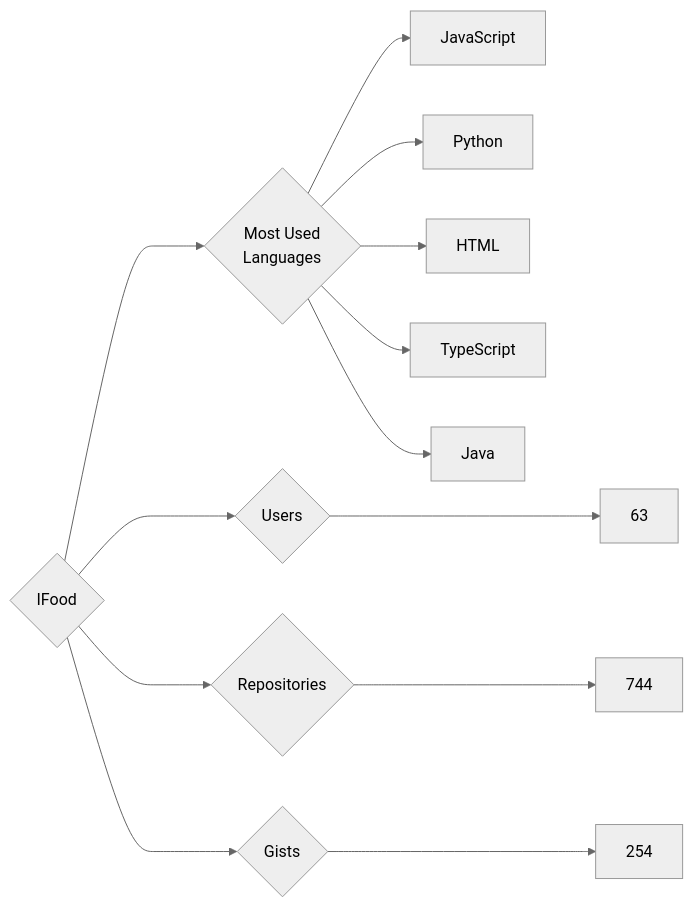
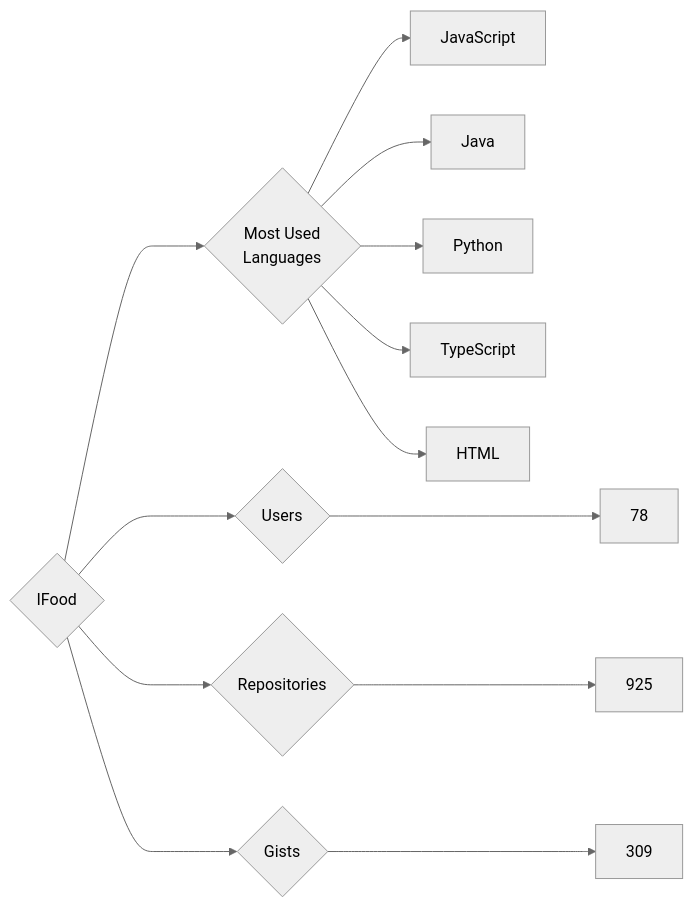
One commit to trickest/insiders changed the diagram in targets/IFood/README.md. Above: the diagram before and after it, drawn with Mermaid (neutral theme). The commit also changed 965 other files, not shown here.

````diff
--- a/targets/IFood/README.md
+++ b/targets/IFood/README.md
@@ -3,13 +3,13 @@
 ```mermaid
 graph LR
 COMPANY_NAME{IFood}
-COMPANY_NAME ---> U{Users} ---> UN[63]
-COMPANY_NAME ---> R{Repositories} ---> RN[744]
-COMPANY_NAME ---> G{Gists} ---> GN[254]
+COMPANY_NAME ---> U{Users} ---> UN[78]
+COMPANY_NAME ---> R{Repositories} ---> RN[925]
+COMPANY_NAME ---> G{Gists} ---> GN[309]
 COMPANY_NAME ---> ML{Most Used<br>Languages}
 ML --> JavaScript[JavaScript]
+ML --> Java[Java]
 ML --> Python[Python]
+ML --> TypeScript[TypeScript]
 ML --> HTML[HTML]
-ML --> TypeScript[TypeScript]
-ML --> Java[Java]
 ```
````
